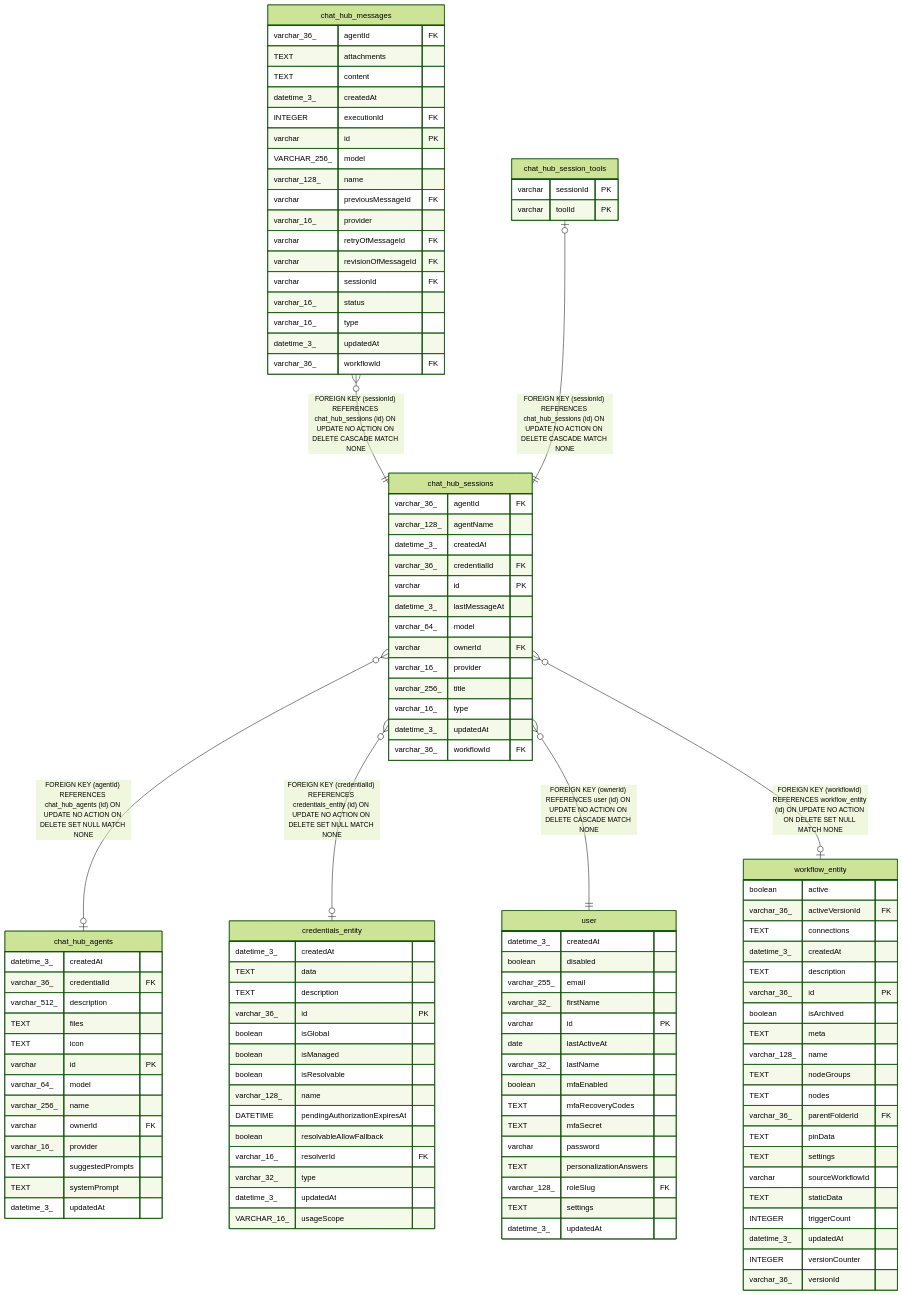
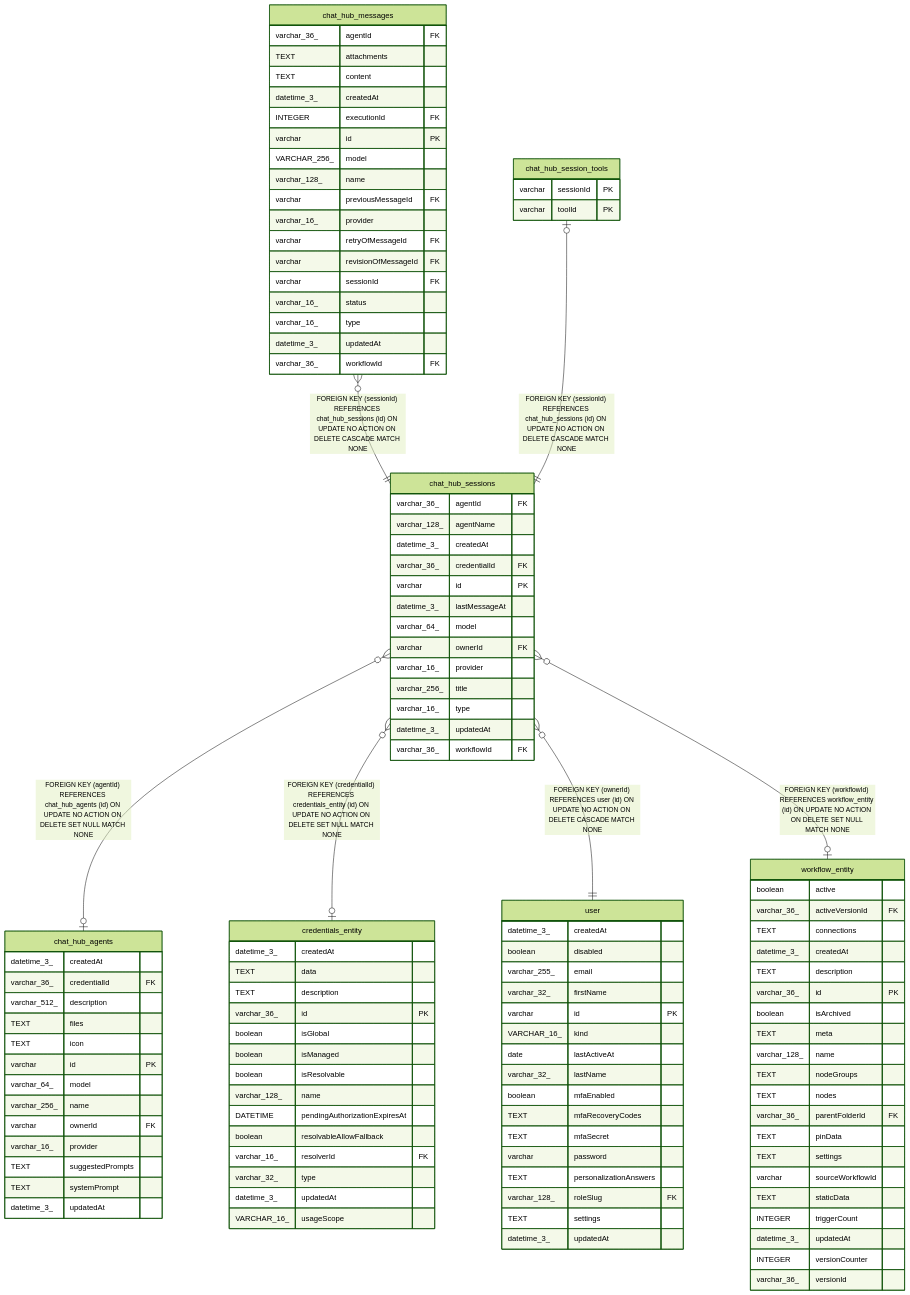
One commit to sreent/n8n changed the diagram in docs/generated/sqlite-schema/chat_hub_sessions.md. Above: the diagram before and after it, drawn with Mermaid (forest theme). The commit also changed 7993 other files, not shown here.

```diff
--- a/docs/generated/sqlite-schema/chat_hub_sessions.md
+++ b/docs/generated/sqlite-schema/chat_hub_sessions.md
@@ -134,6 +134,7 @@
   varchar_255_ email
   varchar_32_ firstName
   varchar id PK
+  VARCHAR_16_ kind
   date lastActiveAt
   varchar_32_ lastName
   boolean mfaEnabled
```
